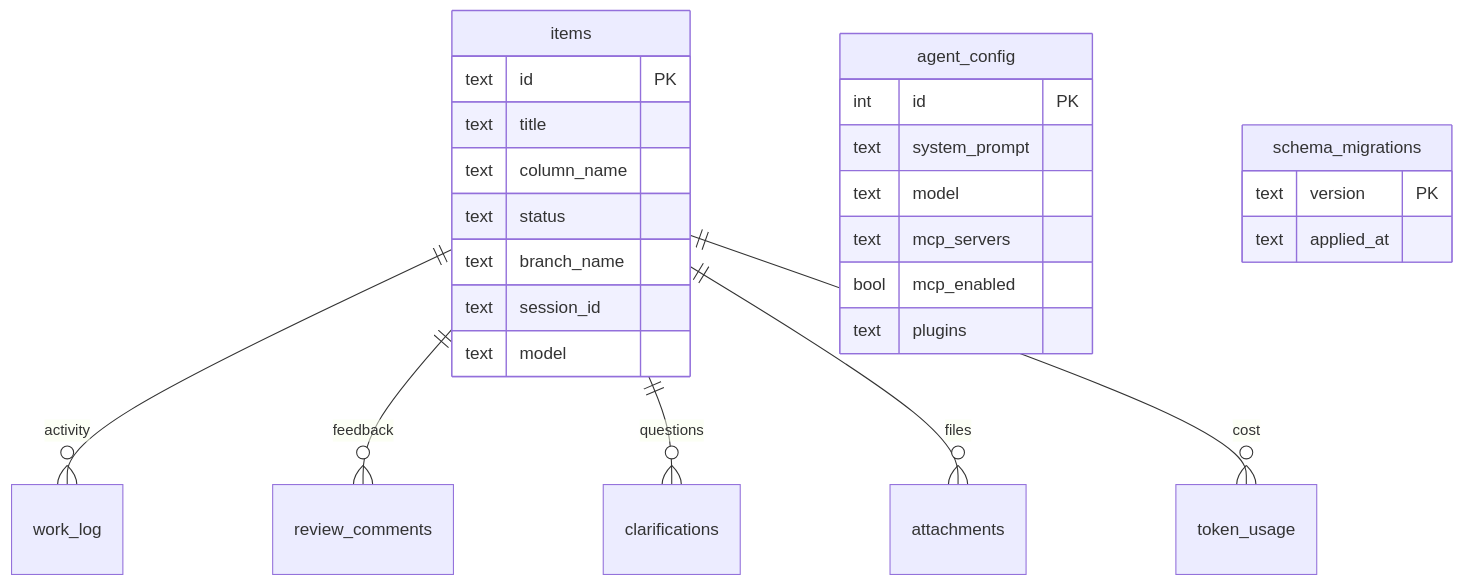
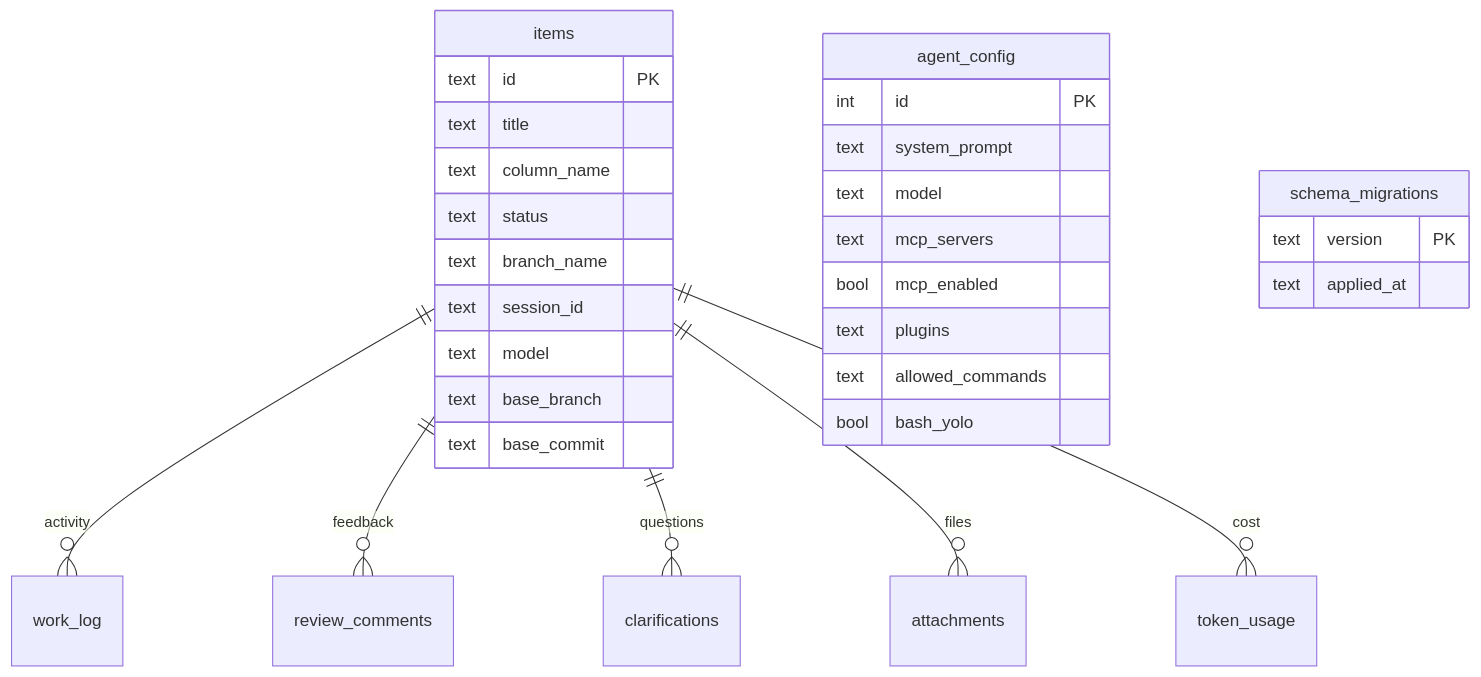
Before and after one commit to epatel/claude-agents-dashboard: the third of 3 diagrams in CLAUDE.md, drawn with Mermaid. The commit also changed other lines of this file and 4 other files, not shown here.

First line of the commit message:
Update docs for allowed commands, bash YOLO, base commit pinning, and 123 tests

````diff
--- a/CLAUDE.md
+++ b/CLAUDE.md
@@ -238,32 +240,36 @@
 ```mermaid
 erDiagram
     items ||--o{ work_log : "activity"
     items ||--o{ review_comments : "feedback"
     items ||--o{ clarifications : "questions"
     items ||--o{ attachments : "files"
     items ||--o{ token_usage : "cost"
 
     items {
         text id PK
         text title
         text column_name
         text status
         text branch_name
         text session_id
         text model
+        text base_branch
+        text base_commit
     }
 
     agent_config {
         int id PK
         text system_prompt
         text model
         text mcp_servers
         bool mcp_enabled
         text plugins
+        text allowed_commands
+        bool bash_yolo
     }
 
     schema_migrations {
         text version PK
         text applied_at
     }
 ```
````
